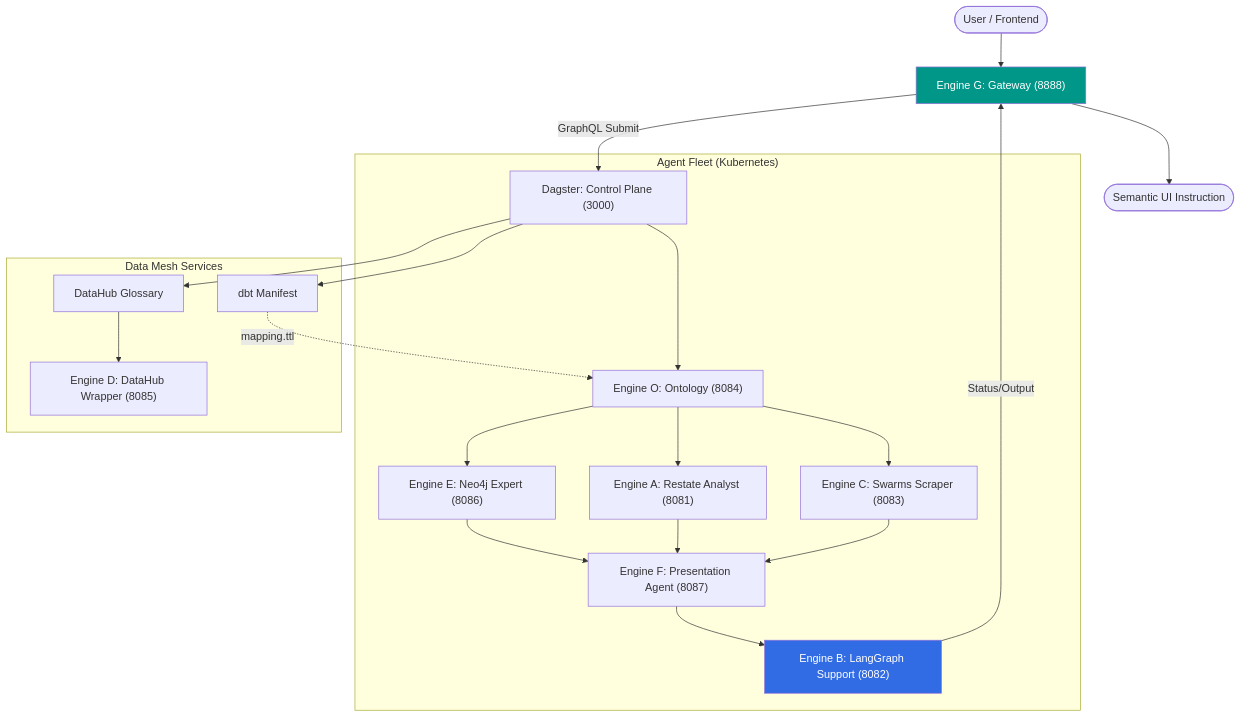
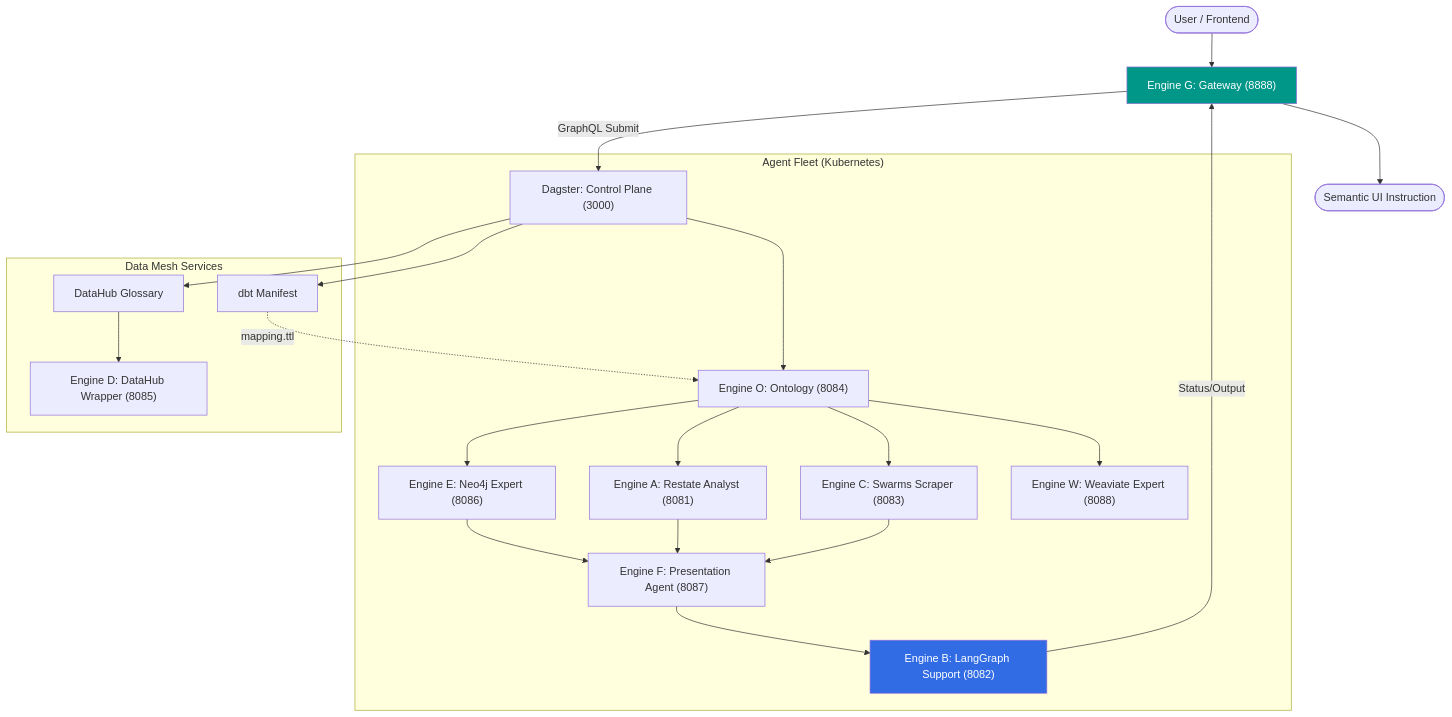
One commit to edgy-solutions/invincible-agent changed the first of 3 diagrams in README.md. Above: the diagram before and after it, drawn with Mermaid. The commit also changed other lines of this file and 6 other files, not shown here.

````diff
--- a/README.md
+++ b/README.md
@@ -48,30 +49,31 @@
 ```mermaid
 graph TD
     User([User / Frontend]) --> G["Engine G: Gateway (8888)"]
     G -- GraphQL Submit --> D["Dagster: Control Plane (3000)"]
     
     subgraph Mesh["Agent Fleet (Kubernetes)"]
         D --> O["Engine O: Ontology (8084)"]
         O --> E["Engine E: Neo4j Expert (8086)"]
         O --> A["Engine A: Restate Analyst (8081)"]
         O --> C["Engine C: Swarms Scraper (8083)"]
+        O --> W["Engine W: Weaviate Expert (8088)"]
         
         E --> F["Engine F: Presentation Agent (8087)"]
         A --> F
         C --> F
         F --> B["Engine B: LangGraph Support (8082)"]
     end
     
     subgraph DataLayer["Data Mesh Services"]
         D --> dbt["dbt Manifest"]
         dbt -.->|mapping.ttl| O
         D --> DH["DataHub Glossary"]
         DH --> DR["Engine D: DataHub Wrapper (8085)"]
     end
 
     B -- Status/Output --> G
     G --> UI([Semantic UI Instruction])
 
     style G fill:#009688,color:#fff
     style B fill:#326CE5,color:#fff
 ```
````
